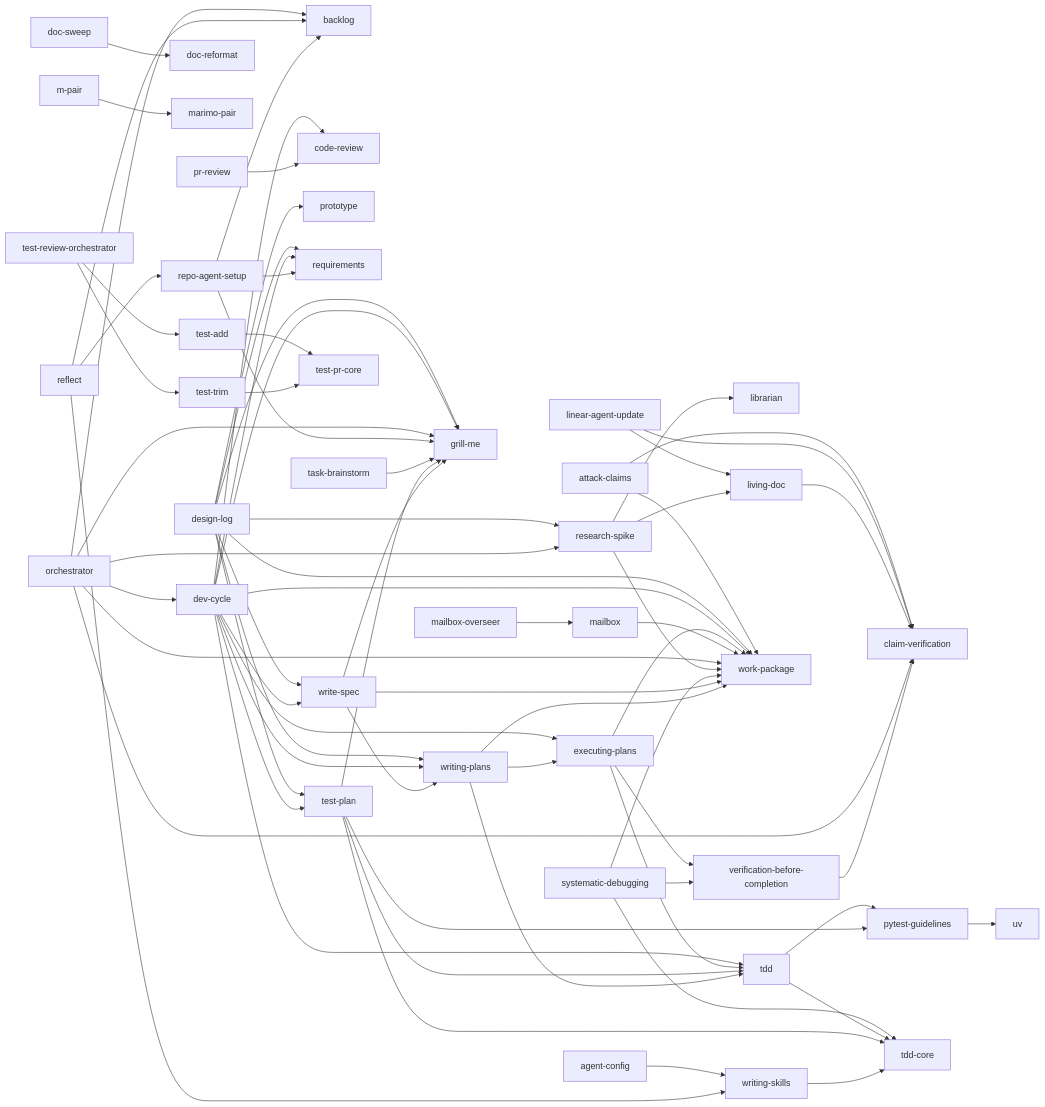
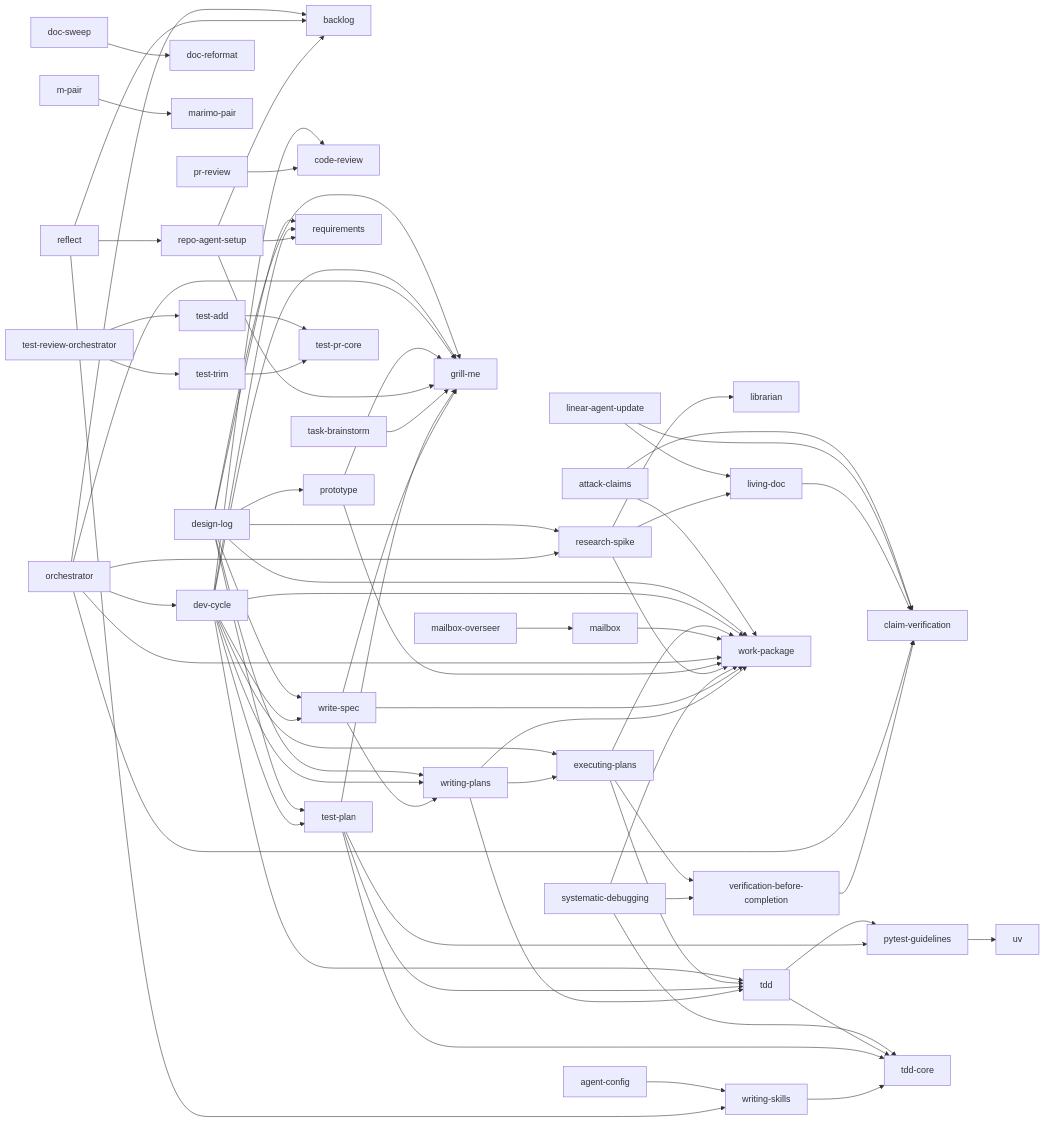
The diagram in README.md (Haydeni0/agent-config), drawn with Mermaid before and after one commit.

Commit message:
docs: regenerate skill map for prototype deps

```diff
--- a/README.md
+++ b/README.md
@@ -284,6 +284,8 @@
     orchestrator --> work_package
     orchestrator --> claim_verification
     pr_review --> code_review
+    prototype --> work_package
+    prototype --> grill_me
     pytest_guidelines --> uv
     reflect --> backlog
     reflect --> repo_agent_setup
```
